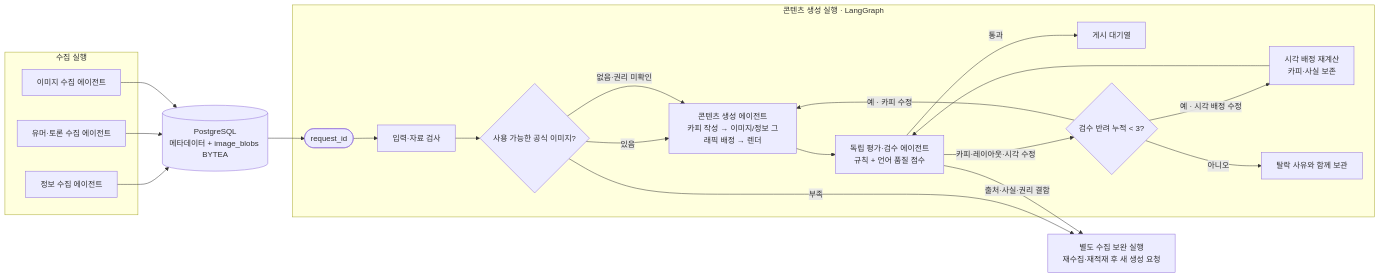
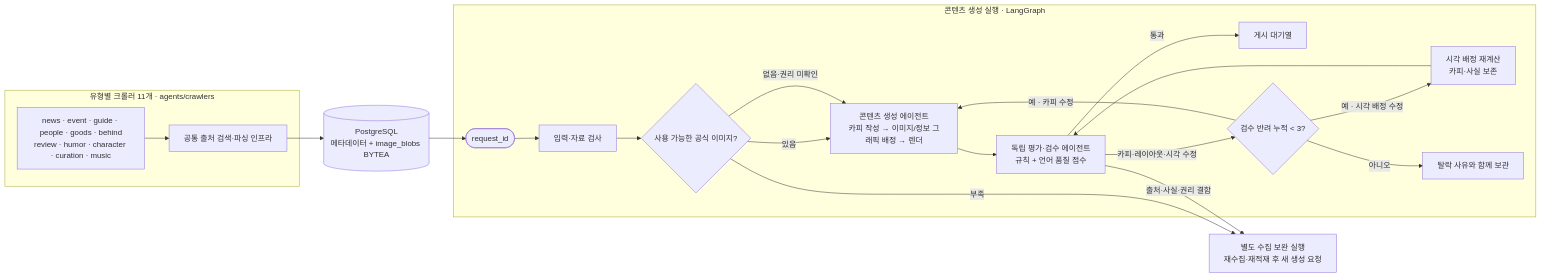
Before and after one commit to Por0ri/me-and-nu: the first of 2 diagrams in agents/ani_me;nu/docs/AGENT_ARCHITECTURE.md, drawn with Mermaid. The commit also changed other lines of this file and 99 other files, not shown here.

````diff
--- a/agents/ani_me;nu/docs/AGENT_ARCHITECTURE.md
+++ b/agents/ani_me;nu/docs/AGENT_ARCHITECTURE.md
@@ -7,29 +7,27 @@
 ```mermaid
 flowchart LR
-  subgraph C[수집 실행]
-    INFO[정보 수집 에이전트]
-    HUMOR[유머·토론 수집 에이전트]
-    IMAGE[이미지 수집 에이전트]
+  subgraph C[유형별 크롤러 11개 · agents/crawlers]
+    TYPE[news · event · guide · people · goods · behind\nreview · humor · character · curation · music]
+    COLLECT[공통 출처 검색·파싱 인프라]
+    TYPE --> COLLECT
   end
   DB[(PostgreSQL\n메타데이터 + image_blobs BYTEA)]
   subgraph PIPE[콘텐츠 생성 실행 · LangGraph]
     START([request_id]) --> INPUT[입력·자료 검사]
     INPUT --> RIGHTS{사용 가능한 공식 이미지?}
     RIGHTS -->|있음| GEN[콘텐츠 생성 에이전트\n카피 작성 → 이미지/정보 그래픽 배정 → 렌더]
     RIGHTS -->|없음·권리 미확인| GEN
     GEN --> REVIEW[독립 평가·검수 에이전트\n규칙 + 언어 품질 점수]
     REVIEW -->|통과| FEED[게시 대기열]
     REVIEW -->|카피·레이아웃·시각 수정| COUNT{검수 반려 누적 < 3?}
     COUNT -->|예 · 카피 수정| GEN
     COUNT -->|예 · 시각 배정 수정| VISUAL[시각 배정 재계산\n카피·사실 보존]
     VISUAL --> REVIEW
     COUNT -->|아니오| ARCHIVE[탈락 사유와 함께 보관]
   end
   CRAWL[별도 수집 보완 실행\n재수집·재적재 후 새 생성 요청]
   RIGHTS -->|부족| CRAWL
   REVIEW -->|출처·사실·권리 결함| CRAWL
-  INFO --> DB
-  HUMOR --> DB
-  IMAGE --> DB
+  COLLECT --> DB
   DB --> START
 ```
````
